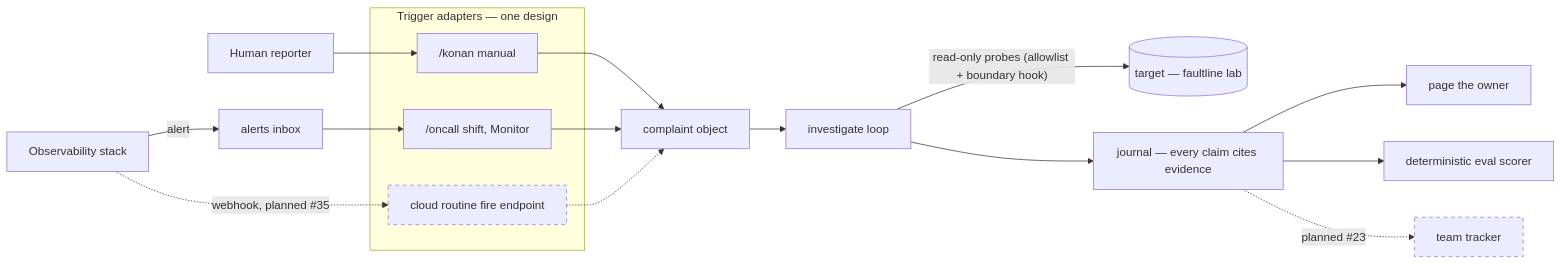
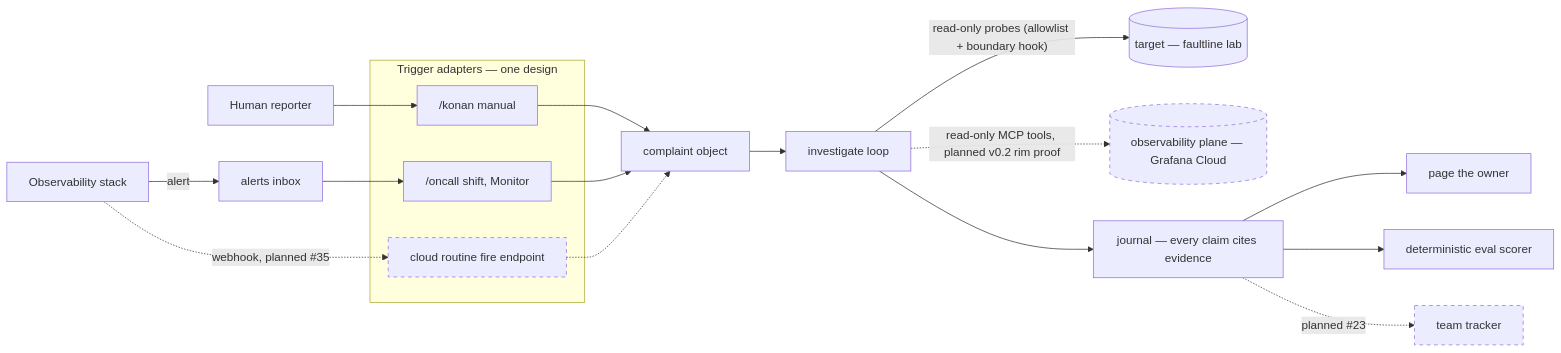
The first of 3 diagrams in docs/architecture.md (lyudmylan/konan), drawn with Mermaid before and after one commit. The commit also changed 1 other file, not shown here.

Commit message:
Product: v0.2 'credible public flip' — exit criteria, roadmap edits; v0.1 status; planned rim edge in the system diagram

````diff
--- a/docs/architecture.md
+++ b/docs/architecture.md
@@ -16,28 +16,29 @@
 ```mermaid
 flowchart LR
   human[Human reporter] --> konancmd
   stack[Observability stack] -->|alert| inbox[alerts inbox]
   stack -.->|webhook, planned #35| fire
 
   subgraph adapters[Trigger adapters — one design]
     konancmd["/konan manual"]
     shift["/oncall shift, Monitor"]
     fire["cloud routine fire endpoint"]
   end
   inbox --> shift
 
   konancmd --> c[complaint object]
   shift --> c
   fire -.-> c
 
   c --> loop[investigate loop]
   loop -->|"read-only probes (allowlist + boundary hook)"| target[("target — faultline lab")]
+  loop -.->|"read-only MCP tools, planned v0.2 rim proof"| obs[("observability plane — Grafana Cloud")]
   loop --> journal[journal — every claim cites evidence]
 
   journal --> page[page the owner]
   journal --> scorer[deterministic eval scorer]
   journal -.->|planned #23| tracker[team tracker]
 
   classDef planned stroke-dasharray: 5 5
-  class fire,tracker planned
+  class fire,tracker,obs planned
 ```
````
